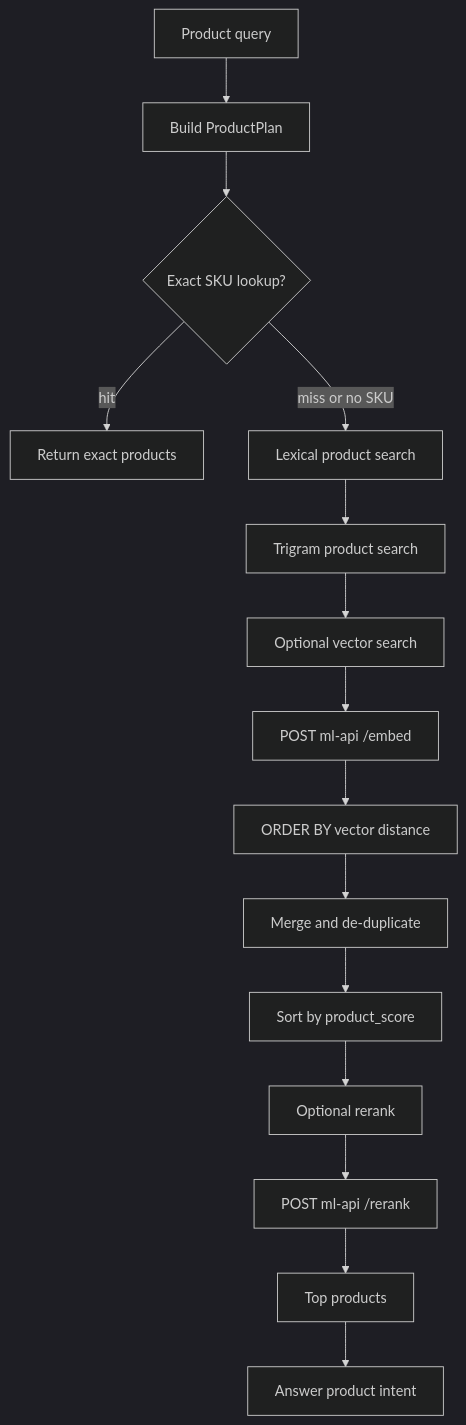
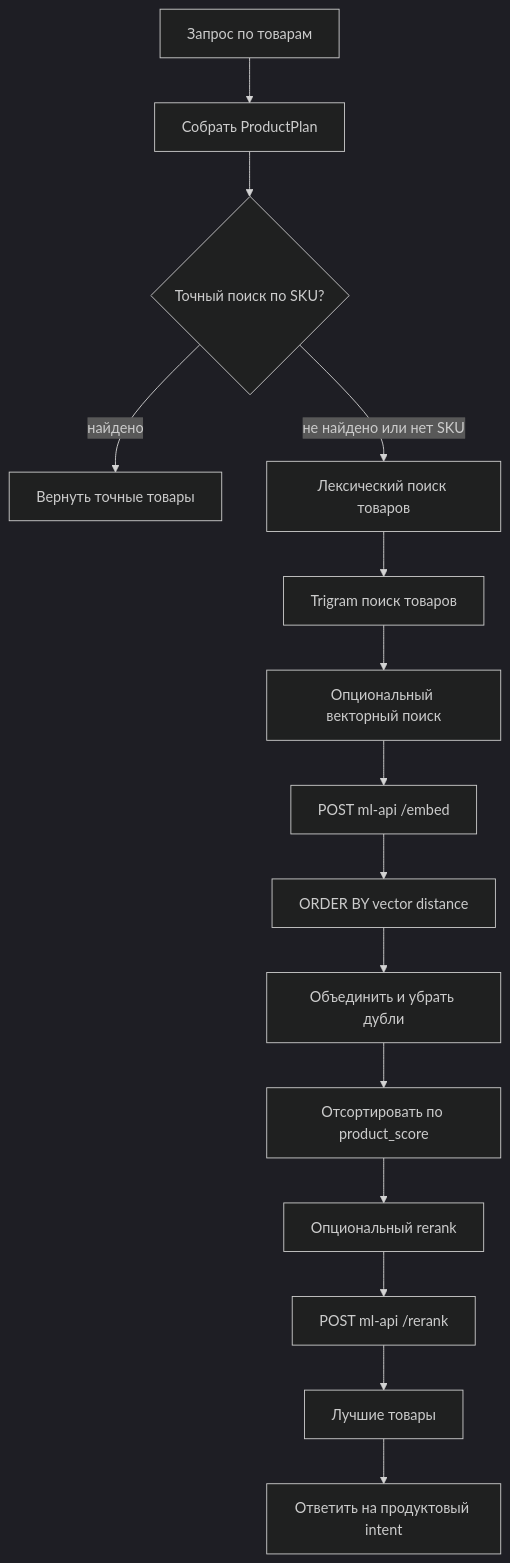
One commit to FedXL/rag-try-bot changed the third of 3 diagrams in docs/rag-architecture.md. Above: the diagram before and after it, drawn with Mermaid (dark theme). The commit also changed other lines of this file, not shown here.

Commit message:
docs: translate RAG architecture to Russian

````diff
--- a/docs/rag-architecture.md
+++ b/docs/rag-architecture.md
@@ -89,17 +89,17 @@
 ```mermaid
 flowchart TD
-    A[Product query] --> B[Build ProductPlan]
-    B --> C{Exact SKU lookup?}
-    C -->|hit| D[Return exact products]
-    C -->|miss or no SKU| E[Lexical product search]
-    E --> F[Trigram product search]
-    F --> G[Optional vector search]
+    A[Запрос по товарам] --> B[Собрать ProductPlan]
+    B --> C{Точный поиск по SKU?}
+    C -->|найдено| D[Вернуть точные товары]
+    C -->|не найдено или нет SKU| E[Лексический поиск товаров]
+    E --> F[Trigram поиск товаров]
+    F --> G[Опциональный векторный поиск]
     G --> G1[POST ml-api /embed]
     G1 --> G2[ORDER BY vector distance]
-    G2 --> H[Merge and de-duplicate]
-    H --> I[Sort by product_score]
-    I --> J[Optional rerank]
+    G2 --> H[Объединить и убрать дубли]
+    H --> I[Отсортировать по product_score]
+    I --> J[Опциональный rerank]
     J --> J1[POST ml-api /rerank]
-    J1 --> K[Top products]
-    K --> L[Answer product intent]
+    J1 --> K[Лучшие товары]
+    K --> L[Ответить на продуктовый intent]
 ```
````
